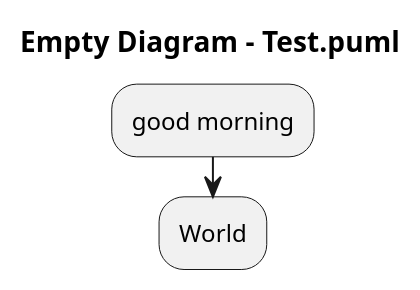
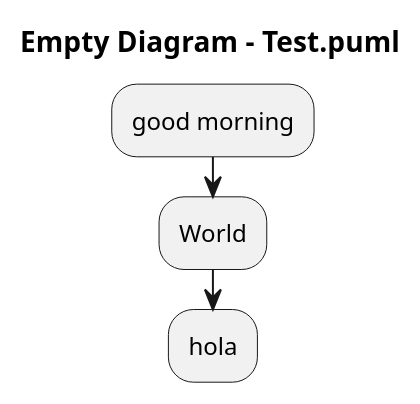
Before and after one commit to aberni-coder/PlantText-Testing---Public-2: the diagram in Test.puml, drawn with PlantUML.

Commit message:
This commit was initiated from PlantText to edit the file Test.puml only.

```diff
--- a/Test.puml
+++ b/Test.puml
@@ -1,7 +1,8 @@
 @startuml
 
 title Empty Diagram - Test.puml
 :good morning;
 :World;
+:hola;
 
 @enduml
```
